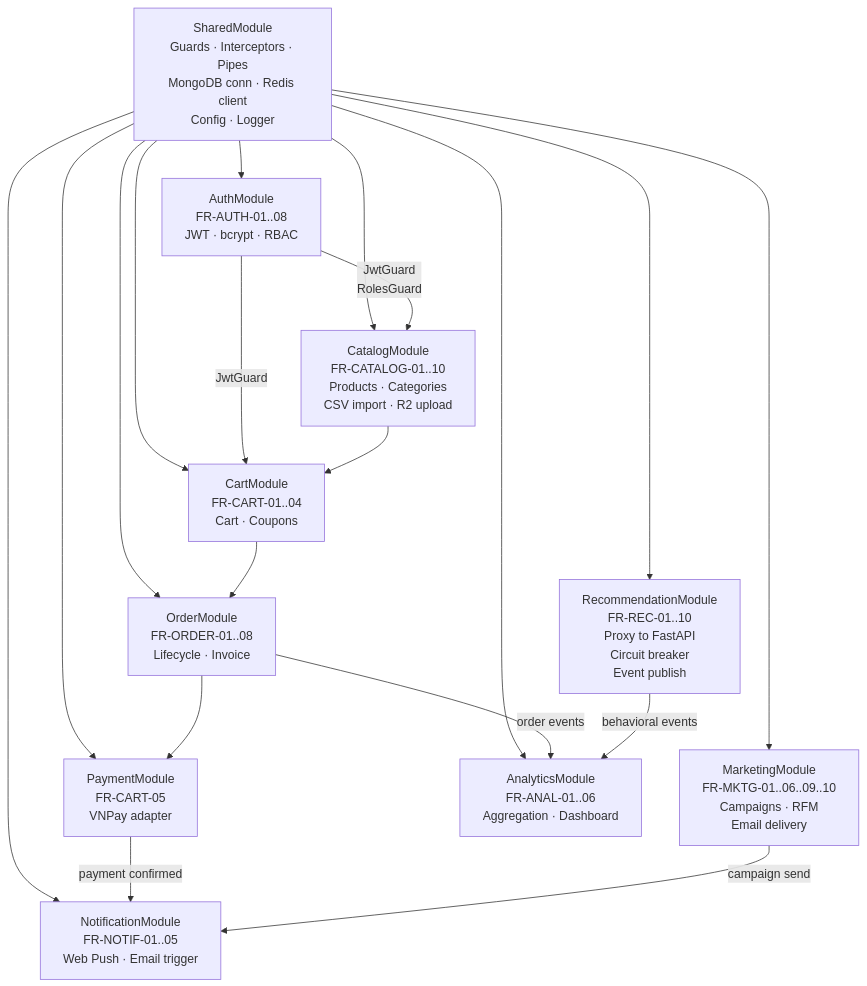
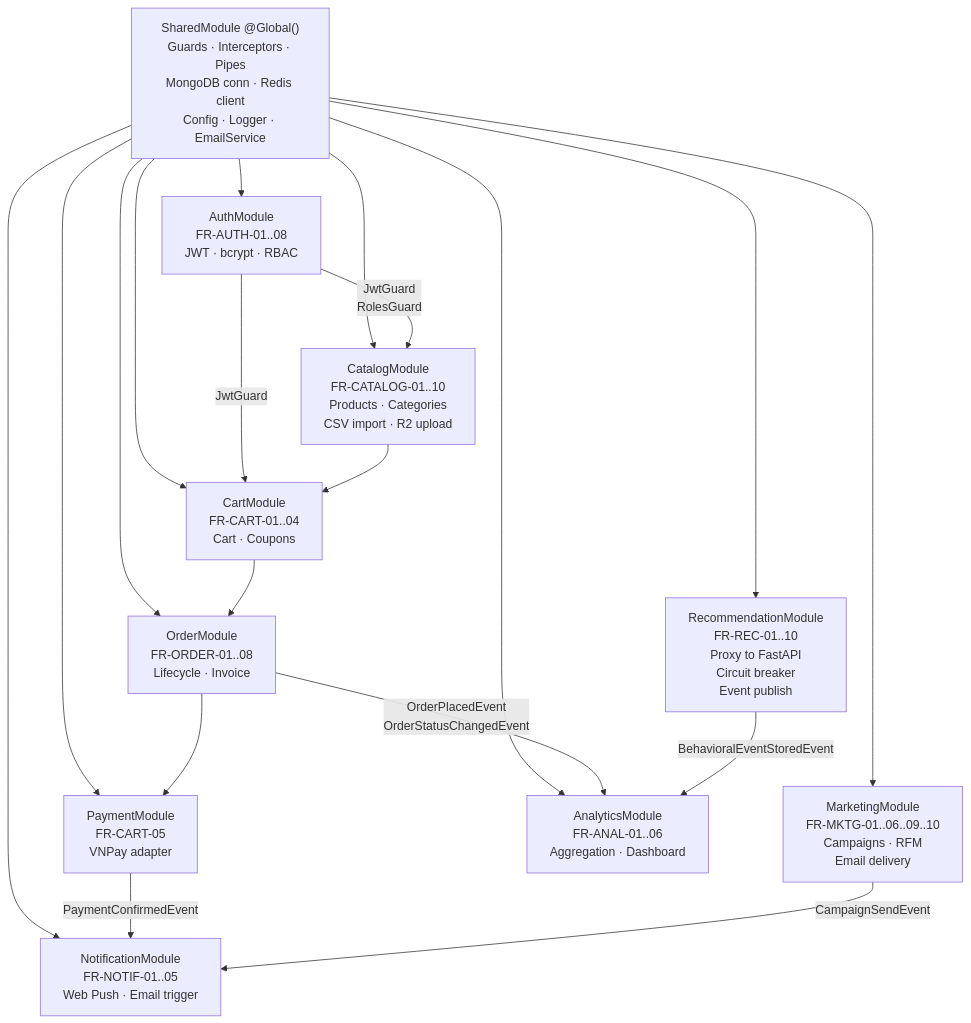
The second of 7 diagrams in docs/ARCHITECTURE.md (Neil-06-hub/SMART-ECOMMERCE-AI-SYSTEM-WORKFLOW-PUBLIC), drawn with Mermaid before and after one commit. The commit also changed other lines of this file and 3 other files, not shown here.

````diff
--- a/docs/ARCHITECTURE.md
+++ b/docs/ARCHITECTURE.md
@@ -143,34 +197,34 @@
 ```mermaid
 graph TD
-    SM["SharedModule\nGuards · Interceptors · Pipes\nMongoDB conn · Redis client\nConfig · Logger"]
+    SM["SharedModule @Global()\nGuards · Interceptors · Pipes\nMongoDB conn · Redis client\nConfig · Logger · EmailService"]
 
     AM["AuthModule\nFR-AUTH-01..08\nJWT · bcrypt · RBAC"]
     CM["CatalogModule\nFR-CATALOG-01..10\nProducts · Categories\nCSV import · R2 upload"]
     CartM["CartModule\nFR-CART-01..04\nCart · Coupons"]
     OM["OrderModule\nFR-ORDER-01..08\nLifecycle · Invoice"]
     PM["PaymentModule\nFR-CART-05\nVNPay adapter"]
     RM["RecommendationModule\nFR-REC-01..10\nProxy to FastAPI\nCircuit breaker\nEvent publish"]
     MM["MarketingModule\nFR-MKTG-01..06..09..10\nCampaigns · RFM\nEmail delivery"]
     NM["NotificationModule\nFR-NOTIF-01..05\nWeb Push · Email trigger"]
     AnM["AnalyticsModule\nFR-ANAL-01..06\nAggregation · Dashboard"]
 
     SM --> AM
     SM --> CM
     SM --> CartM
     SM --> OM
     SM --> PM
     SM --> RM
     SM --> MM
     SM --> NM
     SM --> AnM
 
     AM -->|"JwtGuard\nRolesGuard"| CM
     AM -->|"JwtGuard"| CartM
     CM --> CartM
     CartM --> OM
     OM --> PM
-    PM -->|"payment confirmed"| NM
-    MM -->|"campaign send"| NM
-    OM -->|"order events"| AnM
-    RM -->|"behavioral events"| AnM
+    PM -->|"PaymentConfirmedEvent"| NM
+    MM -->|"CampaignSendEvent"| NM
+    OM -->|"OrderPlacedEvent\nOrderStatusChangedEvent"| AnM
+    RM -->|"BehavioralEventStoredEvent"| AnM
 ```
````
